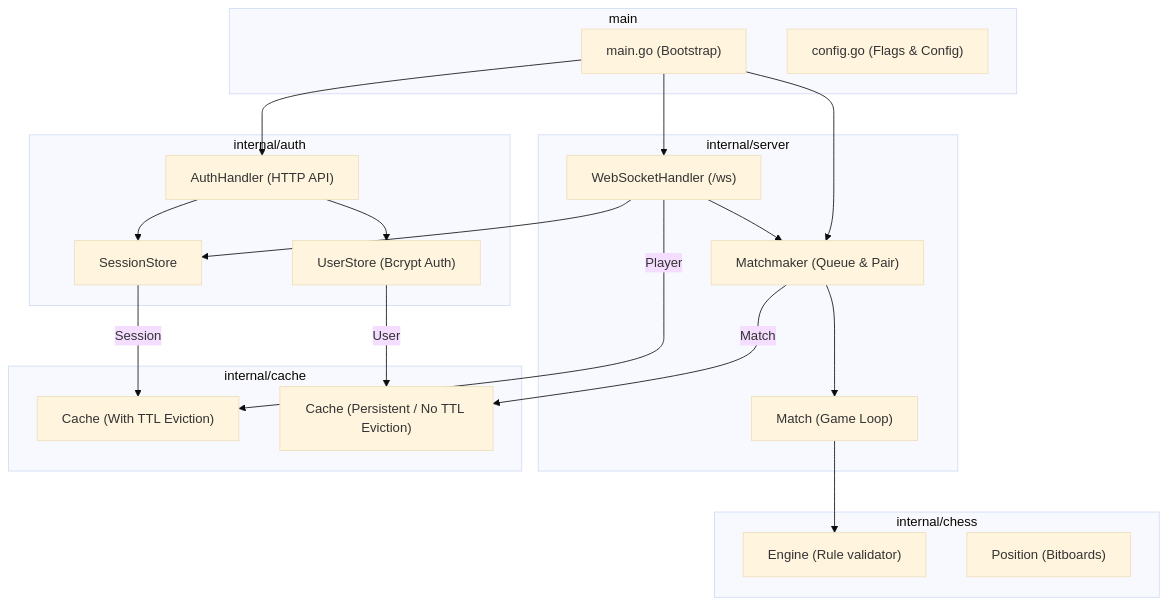
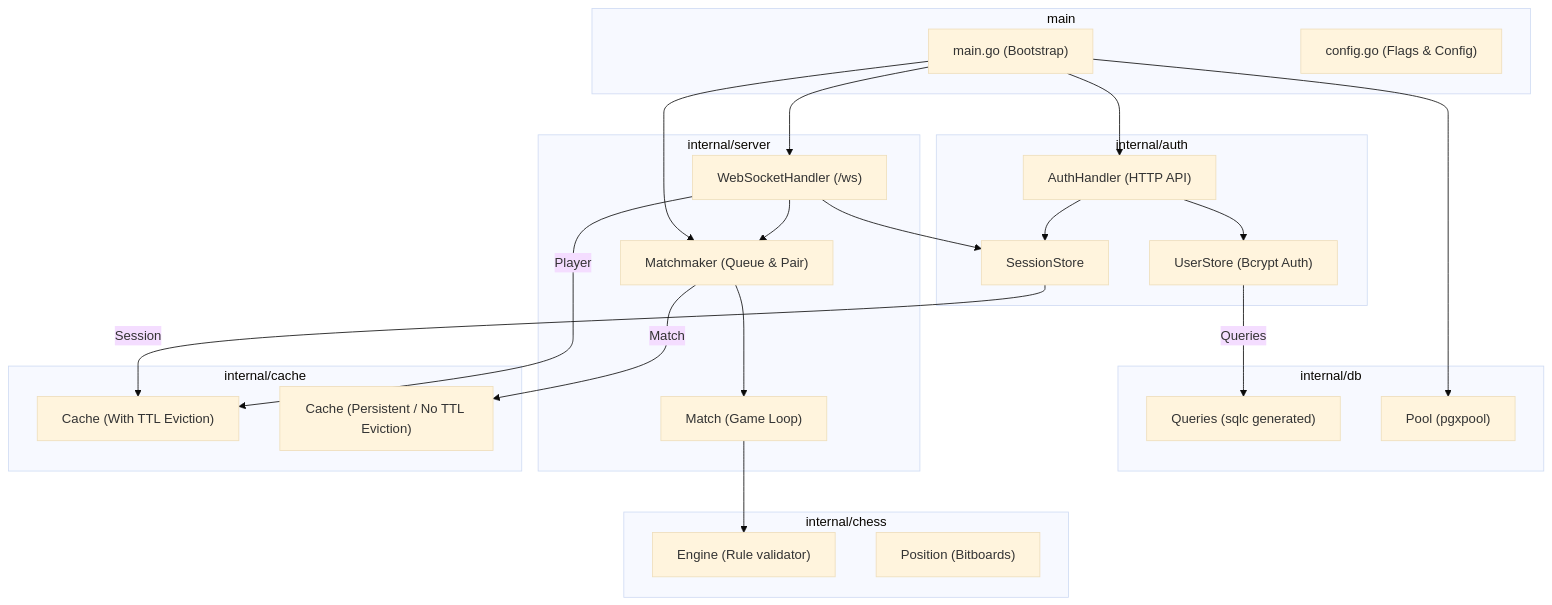
The second of 4 diagrams in backend/ARCHITECTURE.md (danielruijs/go-chess), drawn with Mermaid (base theme) before and after one commit. The commit also changed other lines of this file and 1 other file, not shown here.

Commit message:
docs: update backend documentation with database

````diff
--- a/backend/ARCHITECTURE.md
+++ b/backend/ARCHITECTURE.md
@@ -58,46 +58,52 @@
 ```mermaid
 graph TD
     subgraph Main [main]
         main_go["main.go (Bootstrap)"]
         config_go["config.go (Flags & Config)"]
     end
 
     subgraph Auth [internal/auth]
         AuthHandler["AuthHandler (HTTP API)"]
         SessionStore["SessionStore"]
         UserStore["UserStore (Bcrypt Auth)"]
+    end
+
+    subgraph DB [internal/db]
+        DBQueries["Queries (sqlc generated)"]
+        DBConnection["Pool (pgxpool)"]
     end
 
     subgraph Server [internal/server]
         WebSocketHandler["WebSocketHandler (/ws)"]
         Matchmaker["Matchmaker (Queue & Pair)"]
         Match["Match (Game Loop)"]
     end
 
     subgraph Chess [internal/chess]
         Engine["Engine (Rule validator)"]
         Position["Position (Bitboards)"]
     end
 
     subgraph Cache [internal/cache]
         CacheWithCleanup["Cache (With TTL Eviction)"]
         CacheWithoutCleanup["Cache (Persistent / No TTL Eviction)"]
     end
 
     main_go --> AuthHandler
     main_go --> WebSocketHandler
     main_go --> Matchmaker
+    main_go --> DBConnection
 
     AuthHandler --> UserStore
     AuthHandler --> SessionStore
     SessionStore -->|Session| CacheWithCleanup
-    UserStore -->|User| CacheWithoutCleanup
+    UserStore -->|Queries| DBQueries
 
     WebSocketHandler --> SessionStore
     WebSocketHandler --> Matchmaker
     WebSocketHandler -->|Player| CacheWithCleanup
 
     Matchmaker --> Match
     Matchmaker -->|Match| CacheWithoutCleanup
     Match --> Engine
 ```
````
